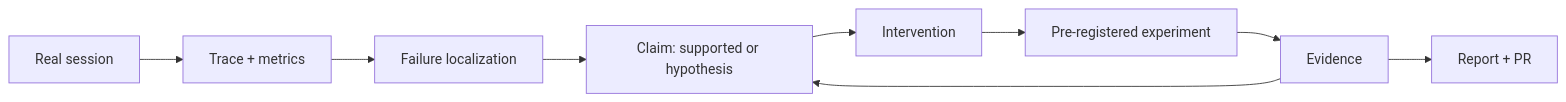
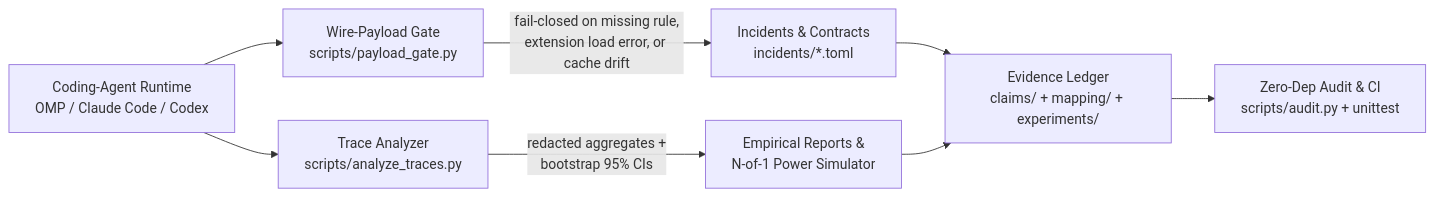
The diagram in README.md (iridyne/akribeia), drawn with Mermaid before and after one commit. The commit also changed other lines of this file and 23 other files, not shown here.

Commit message:
feat(akribeia): rebrand to Akribeia v0.2 with universal payload gate, 995-session empirical study, N-of-1 power simulator, and stdlib test suite

````diff
--- a/README.md
+++ b/README.md
@@ -28,11 +22,10 @@
 ```mermaid
 flowchart LR
-  A[Real session] --> B[Trace + metrics]
-  B --> C[Failure localization]
-  C --> D[Claim: supported or hypothesis]
-  D --> E[Intervention]
-  E --> F[Pre-registered experiment]
-  F --> G[Evidence]
-  G --> D
-  G --> H[Report + PR]
+  A[Coding-Agent Runtime<br/>OMP / Claude Code / Codex] --> B[Wire-Payload Gate<br/>scripts/payload_gate.py]
+  A --> C[Trace Analyzer<br/>scripts/analyze_traces.py]
+  B -->|fail-closed on missing rule,<br/>extension load error, or cache drift| D[Incidents & Contracts<br/>incidents/*.toml]
+  C -->|redacted aggregates +<br/>bootstrap 95% CIs| E[Empirical Reports &<br/>N-of-1 Power Simulator]
+  D --> F[Evidence Ledger<br/>claims/ + mapping/ + experiments/]
+  E --> F
+  F --> G[Zero-Dep Audit & CI<br/>scripts/audit.py + unittest]
 ```
````
